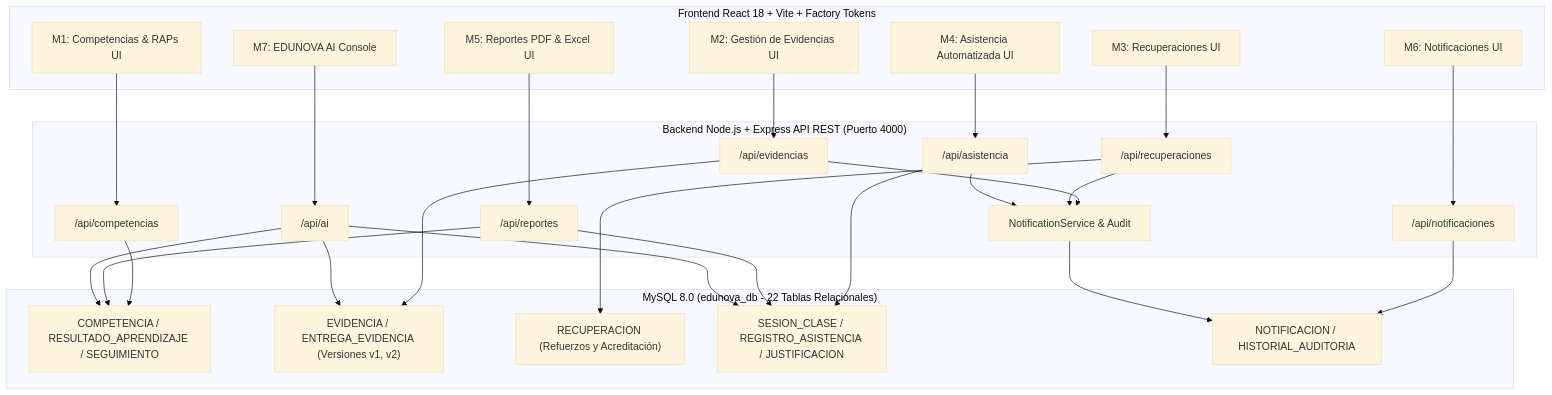
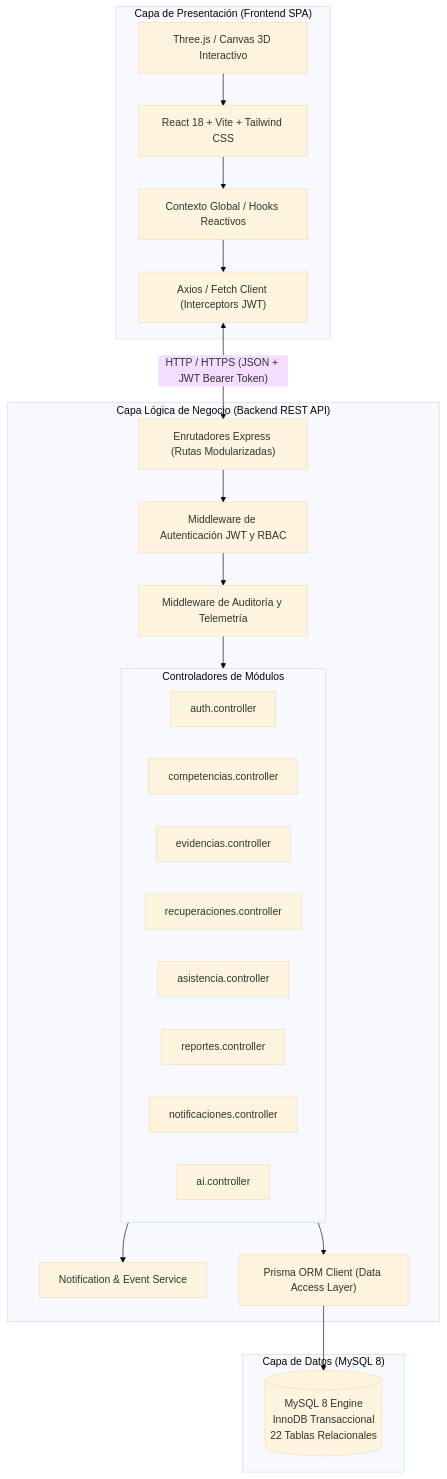
One commit to bautistanyely809-creator/PLATAFORMA-DE-GESTI-N-ACAD-MICA changed the second of 18 diagrams in documentos/SRS_EDUNOVA.md. Above: the diagram before and after it, drawn with Mermaid (base theme). The commit also changed other lines of this file and 2 other files, not shown here.

Commit message:
docs: consolidar especificacion SRS integral de EDUNOVA en un solo documento maestro (SRS_EDUNOVA.md)

````diff
--- a/documentos/SRS_EDUNOVA.md
+++ b/documentos/SRS_EDUNOVA.md
@@ -493,40 +341,47 @@
 ```mermaid
-flowchart TD
-    subgraph Frontend ["Frontend React 18 + Vite + Factory Tokens"]
-        M1_UI["M1: Competencias & RAPs UI"]
-        M2_UI["M2: Gestión de Evidencias UI"]
-        M3_UI["M3: Recuperaciones UI"]
-        M4_UI["M4: Asistencia Automatizada UI"]
-        M5_UI["M5: Reportes PDF & Excel UI"]
-        M6_UI["M6: Notificaciones UI"]
-        M7_UI["M7: EDUNOVA AI Console"]
+flowchart TB
+    subgraph CLIENTE["Capa de Presentación (Frontend SPA)"]
+        UI["React 18 + Vite + Tailwind CSS"]
+        T3D["Three.js / Canvas 3D Interactivo"]
+        STATE["Contexto Global / Hooks Reactivos"]
+        API_CLIENT["Axios / Fetch Client (Interceptors JWT)"]
+        UI --> STATE
+        T3D --> UI
+        STATE --> API_CLIENT
     end
 
-    subgraph Backend ["Backend Node.js + Express API REST (Puerto 4000)"]
-        M1_API["/api/competencias"]
-        M2_API["/api/evidencias"]
-        M3_API["/api/recuperaciones"]
-        M4_API["/api/asistencia"]
-        M5_API["/api/reportes"]
-        M6_API["/api/notificaciones"]
-        M7_API["/api/ai"]
-        NotifService["NotificationService & Audit"]
+    subgraph SERVIDOR["Capa Lógica de Negocio (Backend REST API)"]
+        ROUTER["Enrutadores Express (Rutas Modularizadas)"]
+        AUTH_MID["Middleware de Autenticación JWT y RBAC"]
+        AUDIT_MID["Middleware de Auditoría y Telemetría"]
+        
+        subgraph CONTROLADORES["Controladores de Módulos"]
+            C_AUTH["auth.controller"]
+            C_COMP["competencias.controller"]
+            C_EVID["evidencias.controller"]
+            C_REC["recuperaciones.controller"]
+            C_ASIS["asistencia.controller"]
+            C_REP["reportes.controller"]
+            C_NOT["notificaciones.controller"]
+            C_AI["ai.controller"]
+        end
+
+        SRV_NOTIF["Notification & Event Service"]
+        PRISMA["Prisma ORM Client (Data Access Layer)"]
+
+        ROUTER --> AUTH_MID
+        AUTH_MID --> AUDIT_MID
+        AUDIT_MID --> CONTROLADORES
+        CONTROLADORES --> SRV_NOTIF
+        CONTROLADORES --> PRISMA
     end
 
-    subgraph BaseDatos ["MySQL 8.0 (edunova_db - 22 Tablas Relacionales)"]
-        TB_COMP["COMPETENCIA / RESULTADO_APRENDIZAJE / SEGUIMIENTO"]
-        TB_EVID["EVIDENCIA / ENTREGA_EVIDENCIA (Versiones v1, v2)"]
-        TB_REC["RECUPERACION (Refuerzos y Acreditación)"]
-        TB_ASIS["SESION_CLASE / REGISTRO_ASISTENCIA / JUSTIFICACION"]
-        TB_NOTIF["NOTIFICACION / HISTORIAL_AUDITORIA"]
+    subgraph PERSISTENCIA["Capa de Datos (MySQL 8)"]
+        DB[("MySQL 8 Engine
+InnoDB Transaccional
+22 Tablas Relacionales")]
+        PRISMA --> DB
     end
 
-    M1_UI --> M1_API --> TB_COMP
-    M2_UI --> M2_API --> TB_EVID
-    M3_UI --> M3_API --> TB_REC
-    M4_UI --> M4_API --> TB_ASIS
-    M5_UI --> M5_API --> TB_COMP & TB_ASIS
-    M6_UI --> M6_API --> TB_NOTIF
-    M7_UI --> M7_API --> TB_COMP & TB_EVID & TB_ASIS
-    M2_API & M3_API & M4_API --> NotifService --> TB_NOTIF
+    API_CLIENT <-->|"HTTP / HTTPS (JSON + JWT Bearer Token)"| ROUTER
 ```
````
